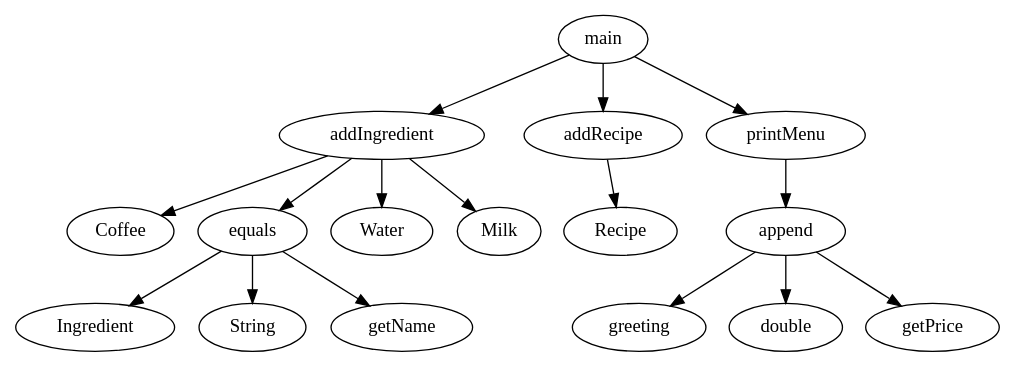
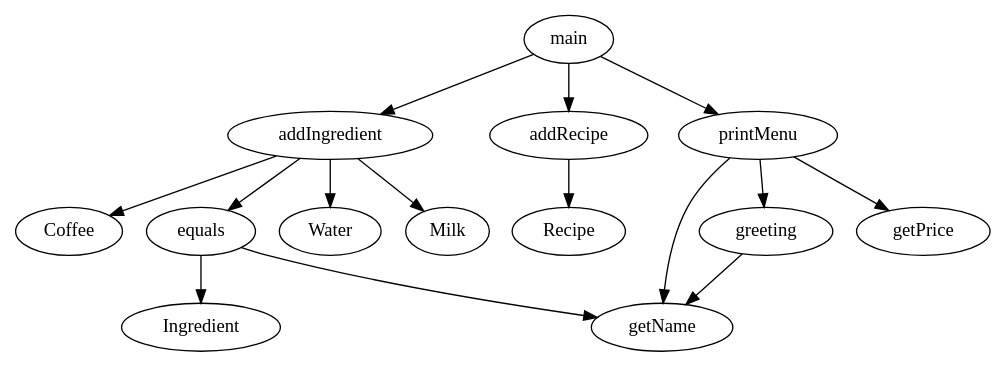
Before and after one commit to ruizhengu/CausalGrading: the diagram in Cafe.dot, drawn with Graphviz. The commit also changed 2 other files, not shown here.

```diff
--- a/Cafe.dot
+++ b/Cafe.dot
@@ -1,33 +1,29 @@
 digraph Cafe {
 IDmain [label="main"];
 IDaddIngredient [label="addIngredient"];
 IDCoffee [label="Coffee"];
 IDequals [label="equals"];
 IDIngredient [label="Ingredient"];
-IDString [label="String"];
 IDgetName [label="getName"];
 IDWater [label="Water"];
 IDaddRecipe [label="addRecipe"];
 IDRecipe [label="Recipe"];
 IDMilk [label="Milk"];
 IDprintMenu [label="printMenu"];
-IDappend [label="append"];
 IDgreeting [label="greeting"];
-IDdouble [label="double"];
 IDgetPrice [label="getPrice"];
 IDmain -> IDaddIngredient;
 IDmain -> IDaddRecipe;
 IDmain -> IDprintMenu;
 IDaddIngredient -> IDCoffee;
 IDaddIngredient -> IDequals;
 IDaddIngredient -> IDWater;
 IDaddIngredient -> IDMilk;
 IDequals -> IDIngredient;
-IDequals -> IDString;
 IDequals -> IDgetName;
 IDaddRecipe -> IDRecipe;
-IDprintMenu -> IDappend;
-IDappend -> IDgreeting;
-IDappend -> IDdouble;
-IDappend -> IDgetPrice;
+IDprintMenu -> IDgreeting;
+IDprintMenu -> IDgetName;
+IDprintMenu -> IDgetPrice;
+IDgreeting -> IDgetName;
 }
```
